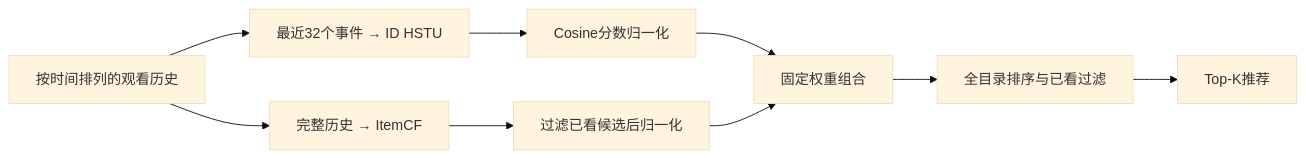
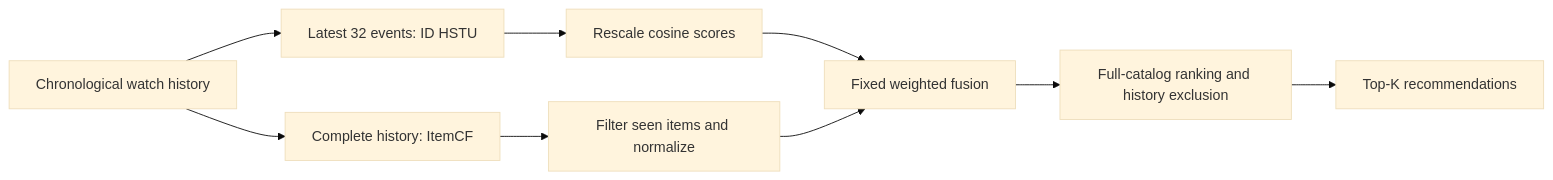
Before and after one commit to Asuka008/RecPilot: the diagram in README.md, drawn with Mermaid (base theme). The commit also changed other lines of this file, not shown here.

````diff
--- a/README.md
+++ b/README.md
@@ -51,11 +51,11 @@
 ```mermaid
 flowchart LR
-    H[按时间排列的观看历史] --> S[最近32个事件 → ID HSTU]
-    H --> C[完整历史 → ItemCF]
-    S --> N[Cosine分数归一化]
-    C --> F[过滤已看候选后归一化]
-    N --> M[固定权重组合]
+    H[Chronological watch history] --> S[Latest 32 events: ID HSTU]
+    H --> C[Complete history: ItemCF]
+    S --> N[Rescale cosine scores]
+    C --> F[Filter seen items and normalize]
+    N --> M[Fixed weighted fusion]
     F --> M
-    M --> R[全目录排序与已看过滤]
-    R --> O[Top-K推荐]
+    M --> R[Full-catalog ranking and history exclusion]
+    R --> O[Top-K recommendations]
 ```
````
